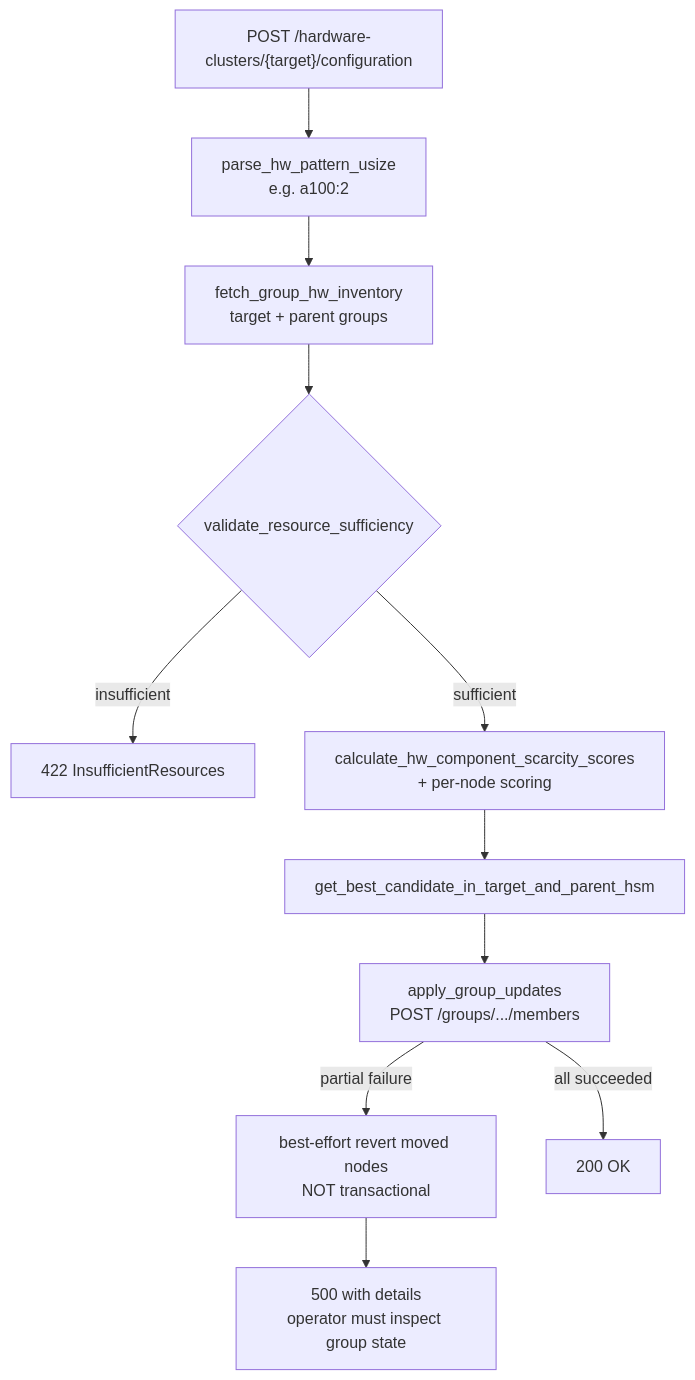
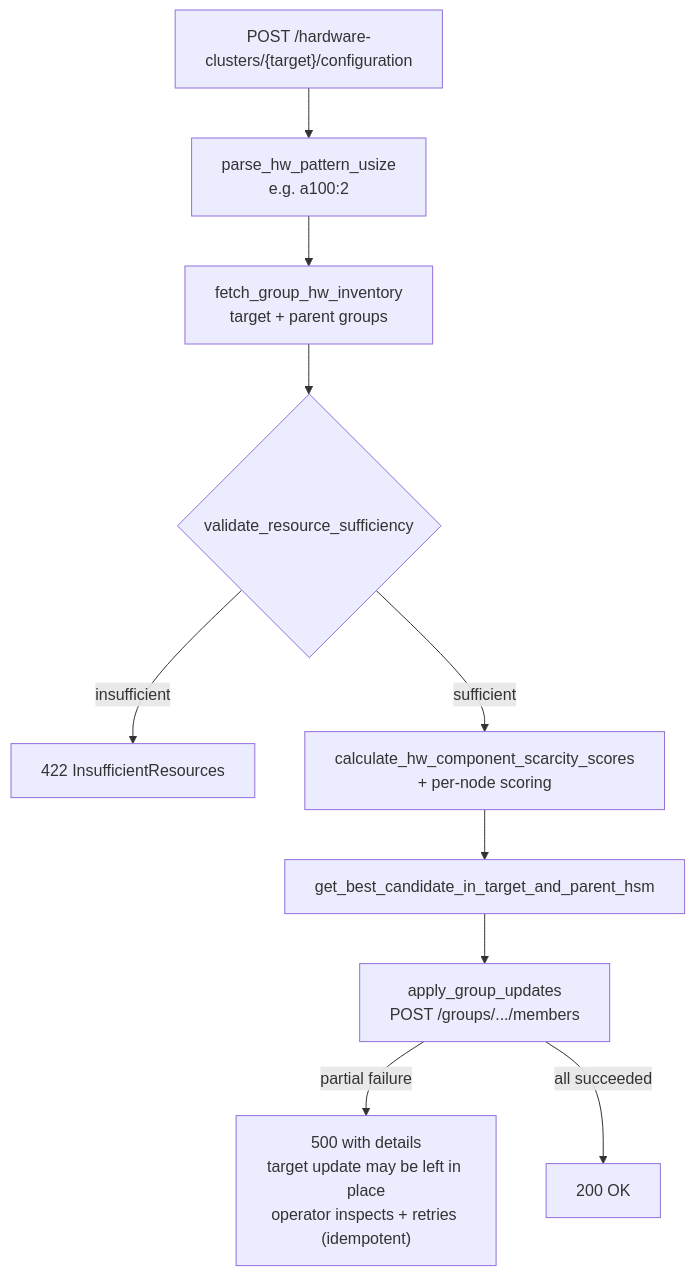
One commit to eth-cscs/manta changed the second of 3 diagrams in ARCHITECTURE.md. Above: the diagram before and after it, drawn with Mermaid. The commit also changed other lines of this file and 1 other file, not shown here.

Commit message:
docs(mermaid): fix factual errors in batch-2 diagrams
Three corrections caught by the final whole-branch review against
the actual source code:

1. Env var name: was MANTA_TOKEN, actual is MANTA_CSM_TOKEN
   (crates/manta-cli/src/common/authentication.rs:64). Fixed in
   the GUIDE.md §12 flowchart node and closing paragraph.

2. Token-cache cascade misdescription: the diagram showed a local
   "expired" branch and promised that the env-var path bypasses
   the cache. The code at authentication.rs:129-147 falls through
   to the cache on server-side token reject — there's no local
   expiry check, and the env-var path does NOT bypass the cache.
   Replaced with explicit ValEnv / ValCache validate nodes so the
   cascade-on-reject is visible.

3. Hw-cluster "rollback" that doesn't exist: ARCHITECTURE.md's new
   diagram + intro both claimed a best-effort rollback step.
   pin_unpin.rs:635 rustdoc explicitly says target updates are
   idempotent and operators retry — there is no executable rollback.
   Removed the Rollback node from the flowchart and rewrote the
   intro prose.

No other diagrams or prose touched.

````diff
--- a/ARCHITECTURE.md
+++ b/ARCHITECTURE.md
@@ -166,13 +166,12 @@
 ```mermaid
 flowchart TD
     Req["POST /hardware-clusters/{target}/configuration"] --> Parse["parse_hw_pattern_usize<br/>e.g. a100:2"]
     Parse --> Fetch["fetch_group_hw_inventory<br/>target + parent groups"]
     Fetch --> Validate{validate_resource_sufficiency}
     Validate -->|insufficient| Err422["422 InsufficientResources"]
     Validate -->|sufficient| Score["calculate_hw_component_scarcity_scores<br/>+ per-node scoring"]
     Score --> Pick["get_best_candidate_in_target_and_parent_hsm"]
     Pick --> Move["apply_group_updates<br/>POST /groups/.../members"]
-    Move -->|partial failure| Rollback["best-effort revert moved nodes<br/>NOT transactional"]
+    Move -->|partial failure| Err5xx["500 with details<br/>target update may be left in place<br/>operator inspects + retries (idempotent)"]
     Move -->|all succeeded| Done["200 OK"]
-    Rollback --> Err5xx["500 with details<br/>operator must inspect group state"]
 ```
````
